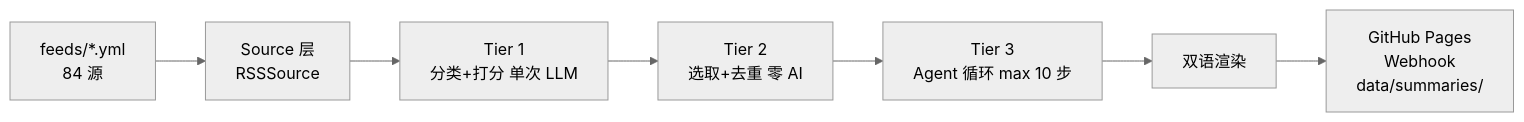
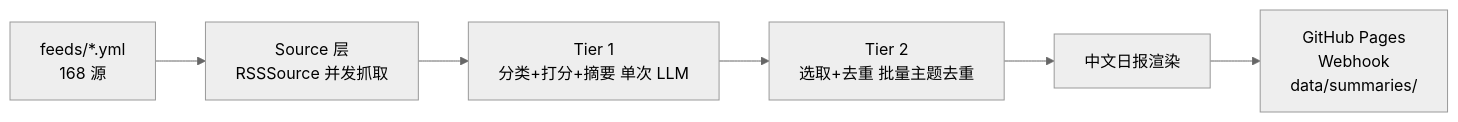
One commit to int2t05/rss-reader changed the diagram in README.md. Above: the diagram before and after it, drawn with Mermaid (neutral theme). The commit also changed other lines of this file and 72 other files, not shown here.

````diff
--- a/README.md
+++ b/README.md
@@ -44,9 +44,8 @@
 ```mermaid
 flowchart LR
-    FEEDS[feeds/*.yml<br/>84 源] --> SRC[Source 层<br/>RSSSource]
-    SRC --> T1[Tier 1<br/>分类+打分 单次 LLM]
-    T1 --> T2[Tier 2<br/>选取+去重 零 AI]
-    T2 --> T3[Tier 3<br/>Agent 循环 max 10 步]
-    T3 --> RND[双语渲染]
+    FEEDS[feeds/*.yml<br/>168 源] --> SRC[Source 层<br/>RSSSource 并发抓取]
+    SRC --> T1[Tier 1<br/>分类+打分+摘要 单次 LLM]
+    T1 --> T2[Tier 2<br/>选取+去重 批量主题去重]
+    T2 --> RND[中文日报渲染]
     RND --> OUT[GitHub Pages<br/>Webhook<br/>data/summaries/]
 ```
````
